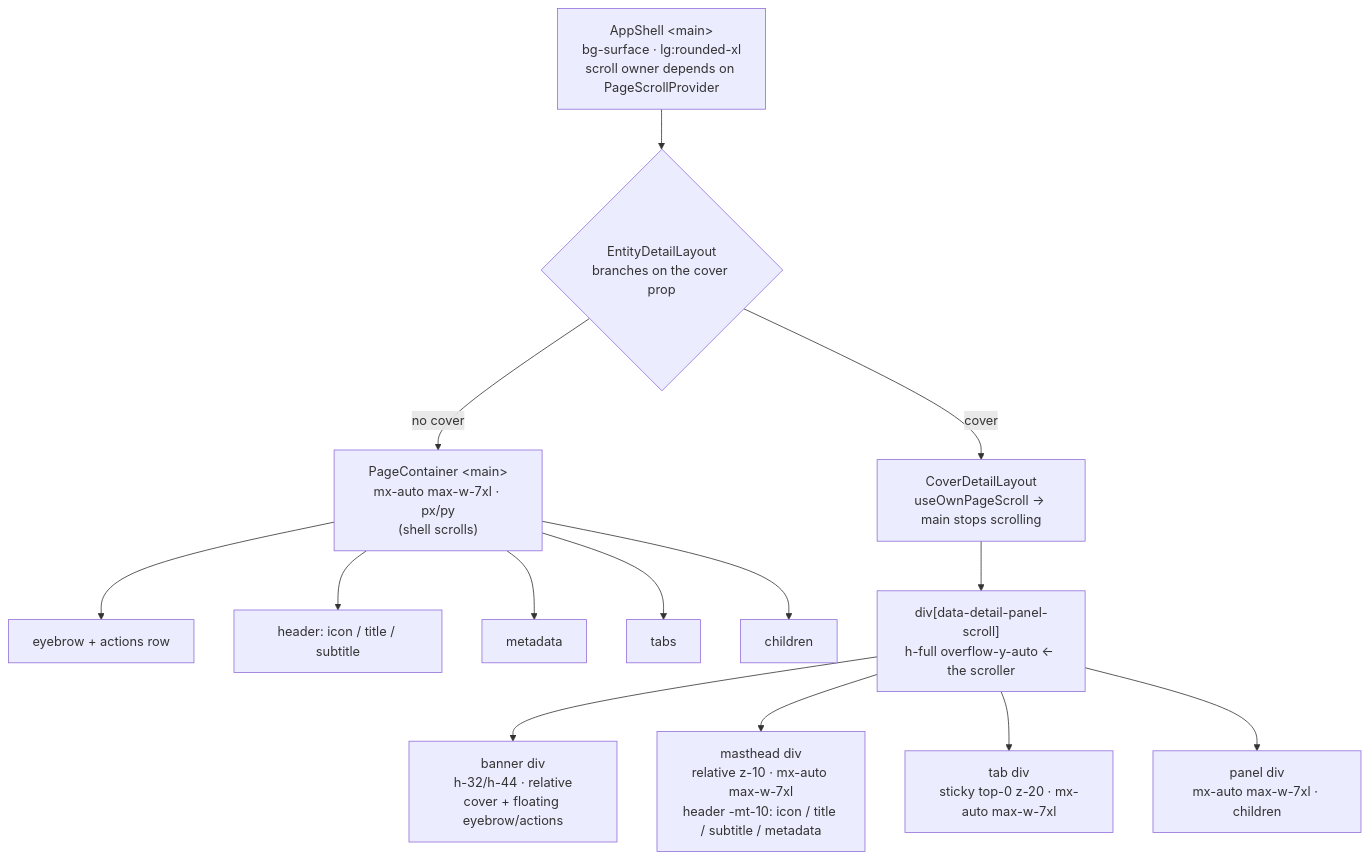
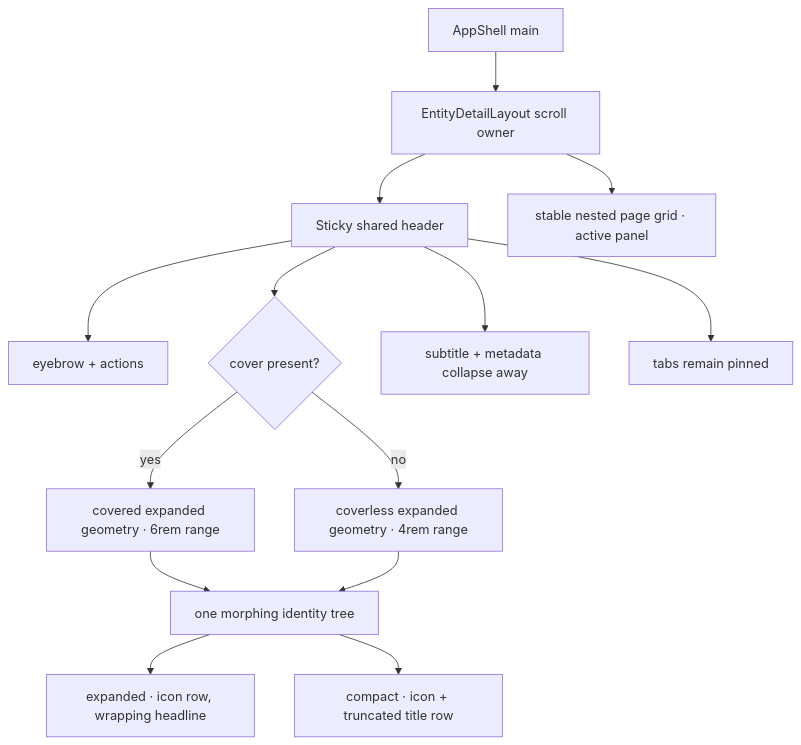
One commit to TheHypertextStudio/athena-web changed the diagram in docs/design/references/entity-detail-hierarchy.md. Above: the diagram before and after it, drawn with Mermaid. The commit also changed other lines of this file and 2 other files, not shown here.

First line of the commit message:
fix(web): Document stable detail header geometry

````diff
--- a/docs/design/references/entity-detail-hierarchy.md
+++ b/docs/design/references/entity-detail-hierarchy.md
@@ -8,20 +8,16 @@
 ```mermaid
 flowchart TD
-  AppShell["AppShell &lt;main&gt;\nbg-surface · lg:rounded-xl\nscroll owner depends on PageScrollProvider"]
-
-  AppShell --> EDL{"EntityDetailLayout\nbranches on the cover prop"}
-
-  EDL -->|no cover| Plain["PageContainer &lt;main&gt;\nmx-auto max-w-7xl · px/py\n(shell scrolls)"]
-  Plain --> P1["eyebrow + actions row"]
-  Plain --> P2["header: icon / title / subtitle"]
-  Plain --> P3["metadata"]
-  Plain --> P4["tabs"]
-  Plain --> P5["children"]
-
-  EDL -->|cover| Cover["CoverDetailLayout\nuseOwnPageScroll → main stops scrolling"]
-  Cover --> C0["div[data-detail-panel-scroll]\nh-full overflow-y-auto ← the scroller"]
-  C0 --> C1["banner div\nh-32/h-44 · relative\ncover + floating eyebrow/actions"]
-  C0 --> C2["masthead div\nrelative z-10 · mx-auto max-w-7xl\nheader -mt-10: icon / title / subtitle / metadata"]
-  C0 --> C3["tab div\nsticky top-0 z-20 · mx-auto max-w-7xl"]
-  C0 --> C4["panel div\nmx-auto max-w-7xl · children"]
+  Shell["AppShell main"] --> Scroll["EntityDetailLayout scroll owner"]
+  Scroll --> Header["Sticky shared header"]
+  Header --> Actions["eyebrow + actions"]
+  Header --> Variant{"cover present?"}
+  Variant -->|yes| Covered["covered expanded geometry · 6rem range"]
+  Variant -->|no| Plain["coverless expanded geometry · 4rem range"]
+  Covered --> Identity["one morphing identity tree"]
+  Plain --> Identity
+  Identity --> Expanded["expanded · icon row, wrapping headline"]
+  Identity --> Compact["compact · icon + truncated title row"]
+  Header --> Secondary["subtitle + metadata collapse away"]
+  Header --> Tabs["tabs remain pinned"]
+  Scroll --> Body["stable nested page grid · active panel"]
 ```
````
